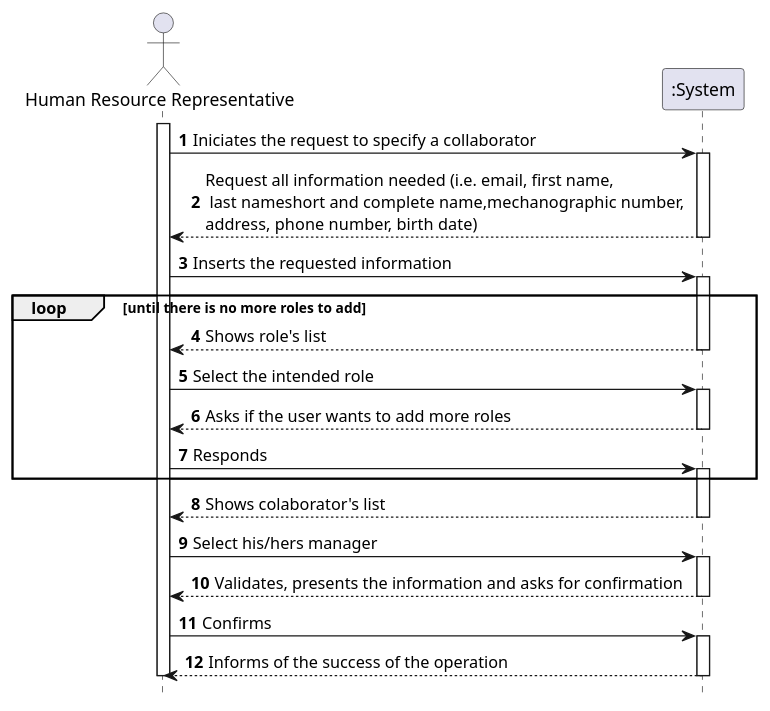
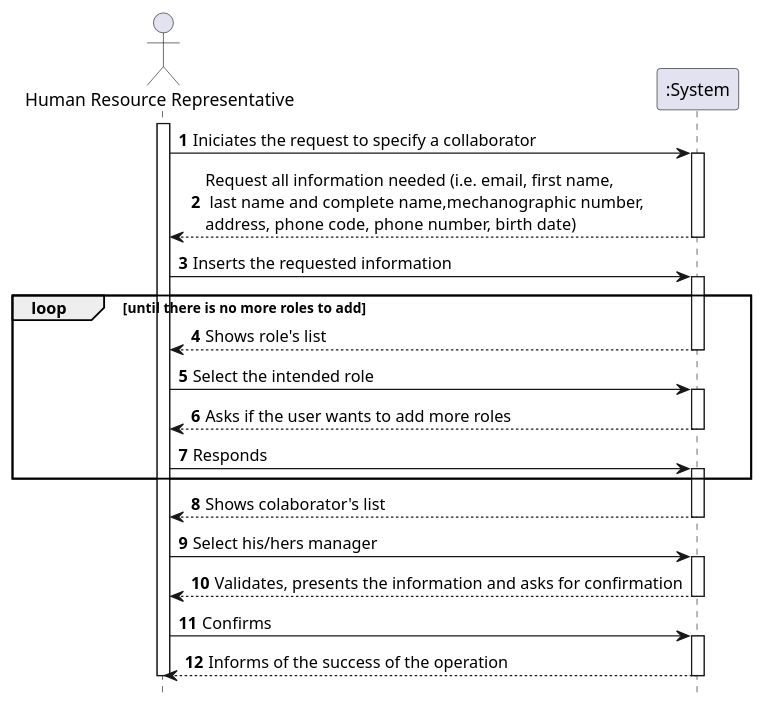
Before and after one commit to tiagoavcosta25/LAPR4: the diagram in doc/engenharia/SprintB/1190682/US-1-2051_CollaboratorSpecification/US-1-2051_SSD.puml, drawn with PlantUML. The commit also changed 5 other files, not shown here.

```diff
--- a/doc/engenharia/SprintB/1190682/US-1-2051_CollaboratorSpecification/US-1-2051_SSD.puml
+++ b/doc/engenharia/SprintB/1190682/US-1-2051_CollaboratorSpecification/US-1-2051_SSD.puml
@@ -1,47 +1,47 @@
 @startuml
 autonumber
 hide footbox
 
 actor "Human Resource Representative" as HRR
 
 participant ":System" as SYST
 
 activate HRR
 
 HRR-> SYST : Iniciates the request to specify a collaborator
 activate SYST
-SYST --> HRR: Request all information needed (i.e. email, first name,\n last nameshort and complete name,mechanographic number, \naddress, phone number, birth date)
+SYST --> HRR: Request all information needed (i.e. email, first name,\n last name and complete name,mechanographic number, \naddress, phone code, phone number, birth date)
 deactivate SYST
 
 HRR-> SYST : Inserts the requested information
 activate SYST
 loop until there is no more roles to add
 SYST --> HRR: Shows role's list
 deactivate SYST
 
 HRR-> SYST : Select the intended role
 activate SYST
 
 SYST --> HRR: Asks if the user wants to add more roles
 deactivate SYST
 
 HRR-> SYST : Responds
 activate SYST
 end
 
 SYST --> HRR: Shows colaborator's list
 deactivate SYST
 
 HRR-> SYST : Select his/hers manager
 activate SYST
 SYST --> HRR: Validates, presents the information and asks for confirmation
 deactivate SYST
 
 HRR-> SYST : Confirms
 activate SYST
 SYST --> HRR: Informs of the success of the operation
 deactivate SYST
 
 deactivate HRR
 
 @enduml
```
